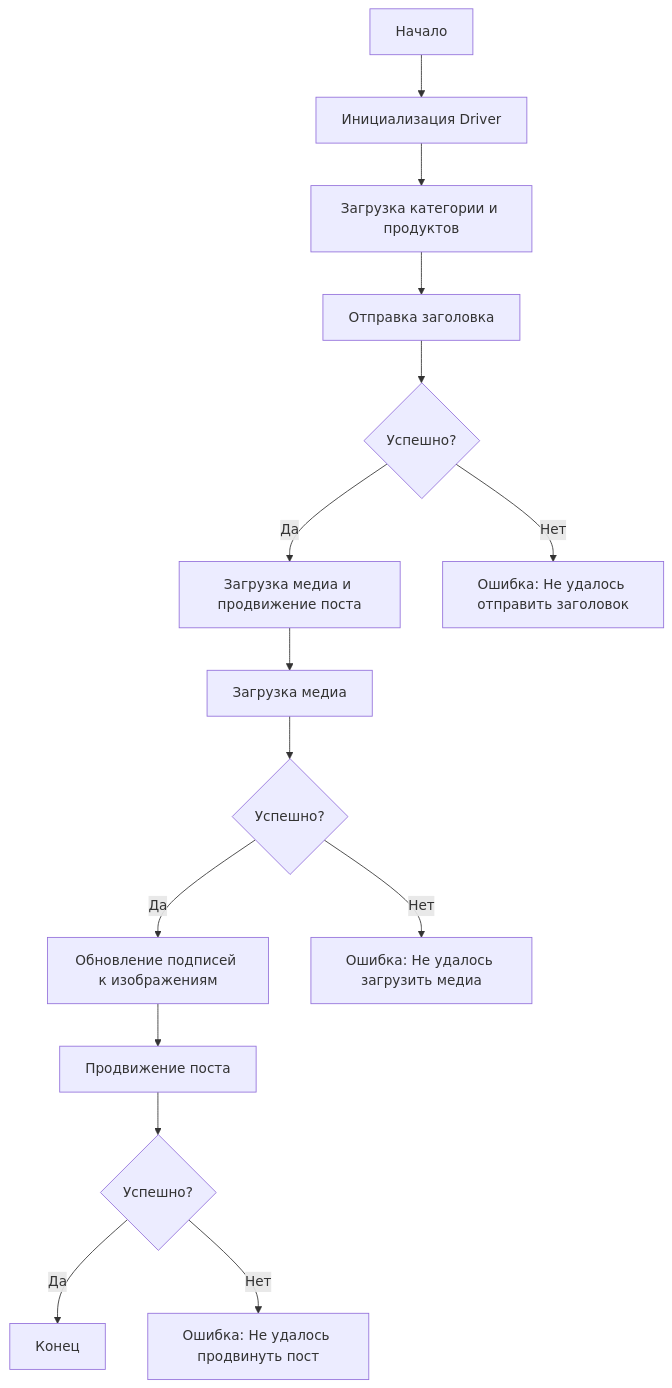
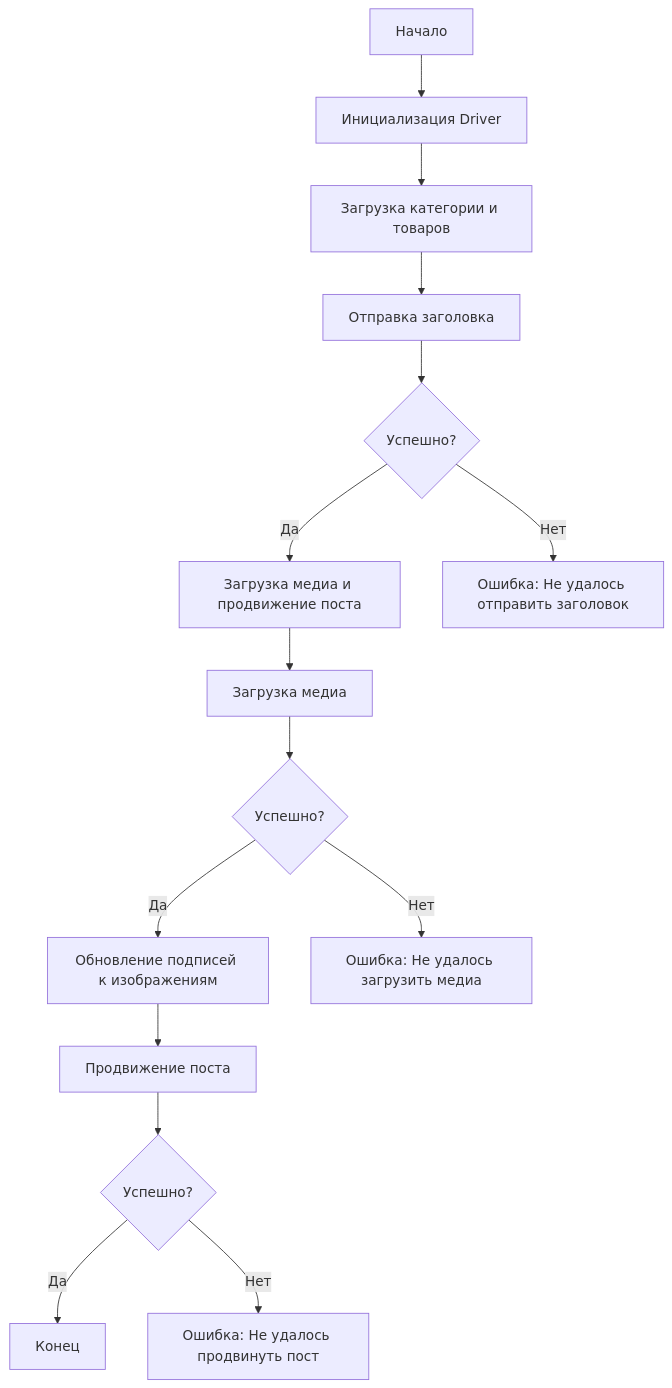
One commit to hypo69/hypotez changed the diagram in docs/gemini/en/doc/src/endpoints/advertisement/facebook/scenarios/post_message_async.ru.md. Above: the diagram before and after it, drawn with Mermaid. The commit also changed other lines of this file and 332 other files, not shown here.

````diff
--- a/docs/gemini/en/doc/src/endpoints/advertisement/facebook/scenarios/post_message_async.ru.md
+++ b/docs/gemini/en/doc/src/endpoints/advertisement/facebook/scenarios/post_message_async.ru.md
@@ -13,17 +13,17 @@
 ```mermaid
 graph TD
     Start[Начало] --> InitDriver[Инициализация Driver]
-    InitDriver --> LoadCategoryAndProducts[Загрузка категории и продуктов]
+    InitDriver --> LoadCategoryAndProducts[Загрузка категории и товаров]
     LoadCategoryAndProducts --> SendTitle[Отправка заголовка]
     SendTitle --> CheckTitleSuccess{Успешно?}
     CheckTitleSuccess -->|Да| UploadMediaAndPromotePost[Загрузка медиа и продвижение поста]
     CheckTitleSuccess -->|Нет| TitleError[Ошибка: Не удалось отправить заголовок]
     UploadMediaAndPromotePost --> UploadMedia[Загрузка медиа]
     UploadMedia --> CheckMediaSuccess{Успешно?}
     CheckMediaSuccess -->|Да| UpdateCaptions[Обновление подписей к изображениям]
     CheckMediaSuccess -->|Нет| MediaError[Ошибка: Не удалось загрузить медиа]
     UpdateCaptions --> PromotePost[Продвижение поста]
     PromotePost --> CheckPromoteSuccess{Успешно?}
     CheckPromoteSuccess -->|Да| End[Конец]
     CheckPromoteSuccess -->|Нет| PromoteError[Ошибка: Не удалось продвинуть пост]
 ```
````
